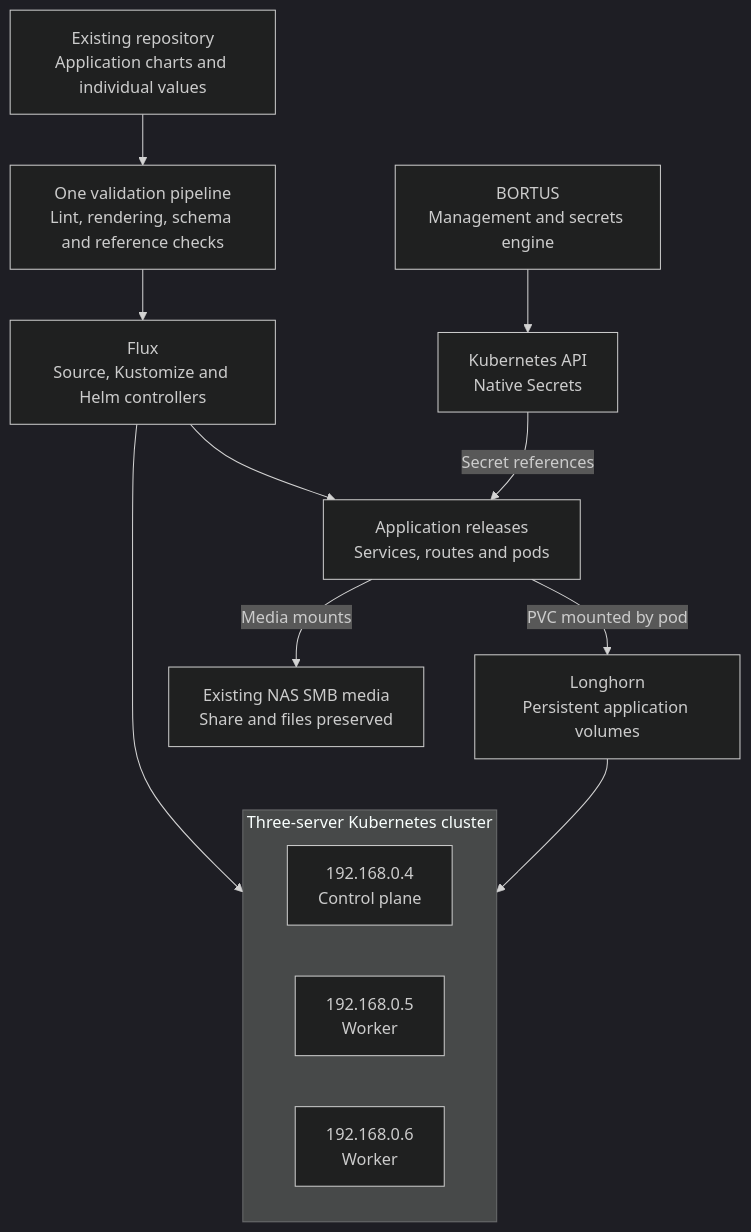
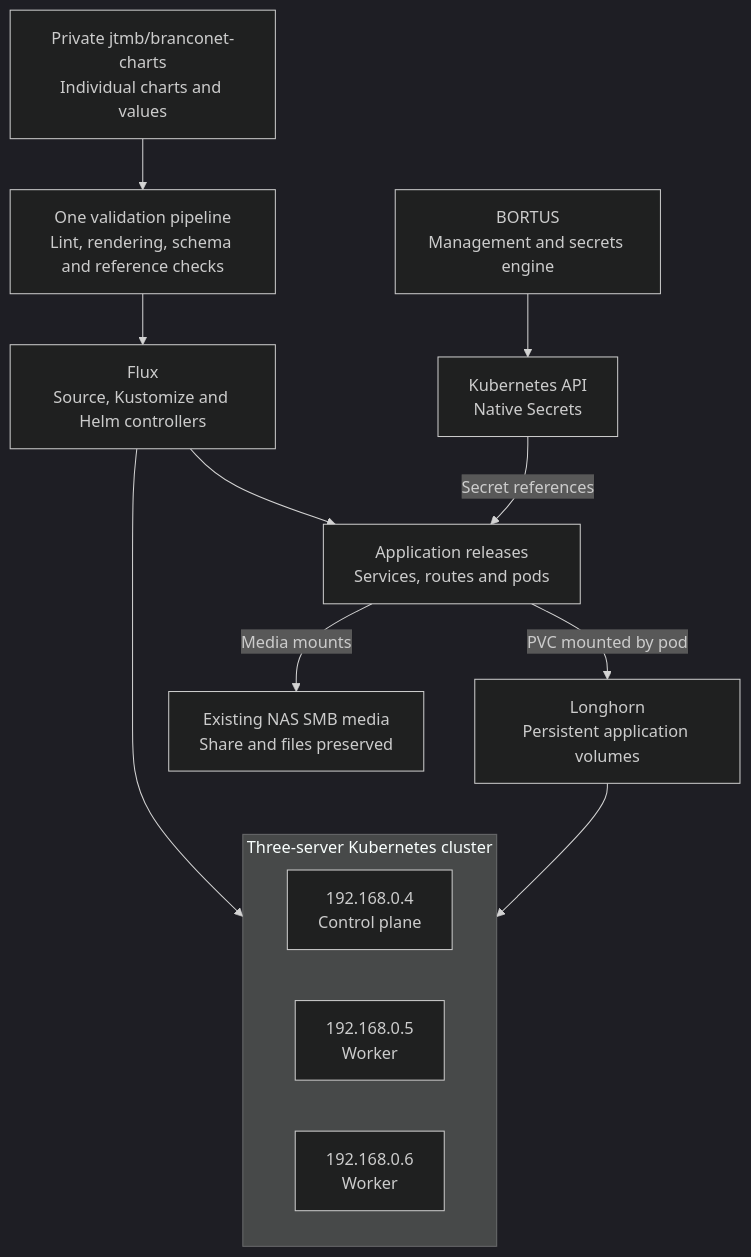
One commit to jtmb/branconet-homelab changed the first of 4 diagrams in PLAN.md. Above: the diagram before and after it, drawn with Mermaid (dark theme). The commit also changed other lines of this file and 1 other file, not shown here.

Commit message:
Refresh current acceptance checkpoint and separate chart repository target

````diff
--- a/PLAN.md
+++ b/PLAN.md
@@ -59,23 +59,23 @@
 ```mermaid
 flowchart TB
-    Repo["Existing repository<br/>Application charts and individual values"]
+    Repo["Private jtmb/branconet-charts<br/>Individual charts and values"]
     CI["One validation pipeline<br/>Lint, rendering, schema and reference checks"]
     Flux["Flux<br/>Source, Kustomize and Helm controllers"]
     Apps["Application releases<br/>Services, routes and pods"]
     Bortus["BORTUS<br/>Management and secrets engine"]
     API["Kubernetes API<br/>Native Secrets"]
     LH["Longhorn<br/>Persistent application volumes"]
     SMB["Existing NAS SMB media<br/>Share and files preserved"]
     Repo --> CI --> Flux --> Apps
     Bortus --> API
     API -->|Secret references| Apps
     Apps -->|PVC mounted by pod| LH
     Apps -->|Media mounts| SMB
     subgraph Cluster["Three-server Kubernetes cluster"]
         Master["192.168.0.4<br/>Control plane"]
         Worker2["192.168.0.5<br/>Worker"]
         Worker1["192.168.0.6<br/>Worker"]
     end
     Flux --> Cluster
     LH --> Cluster
 ```
````
